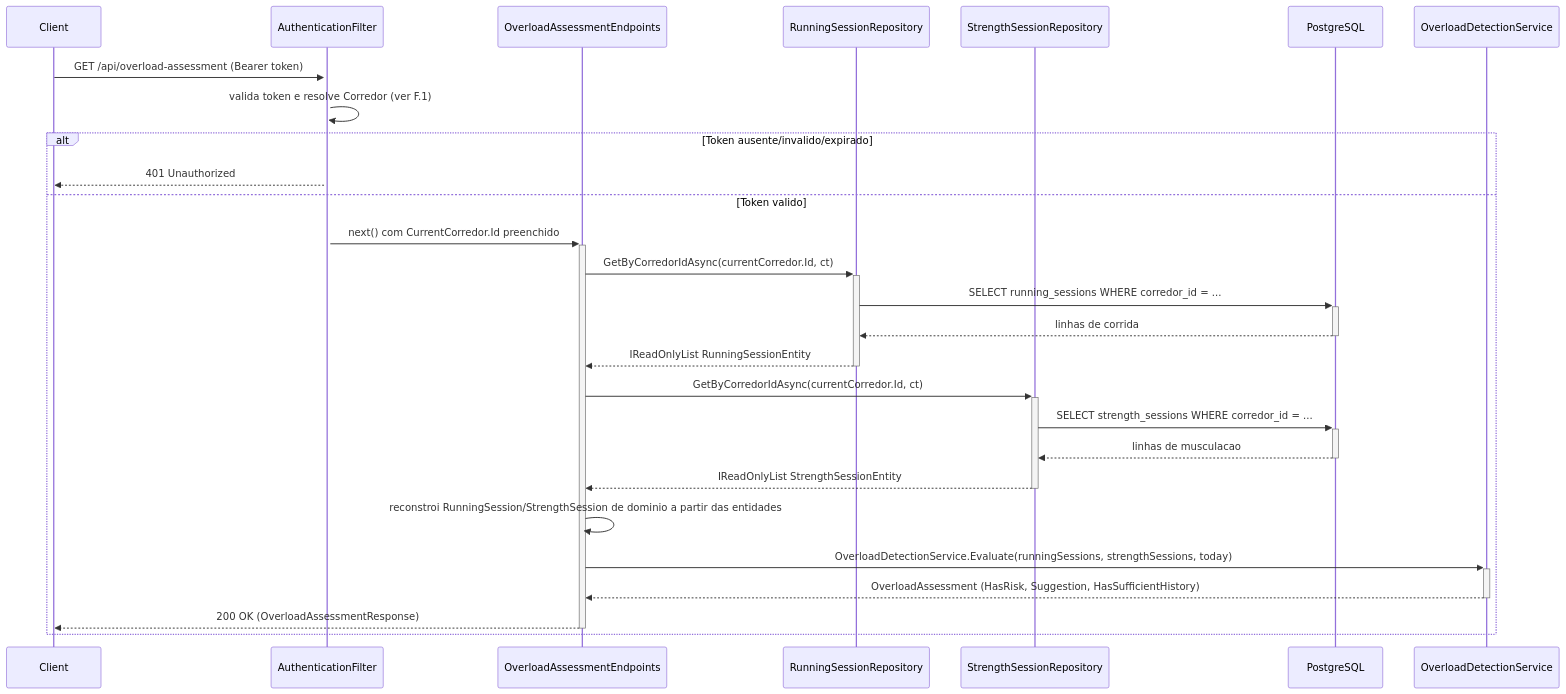
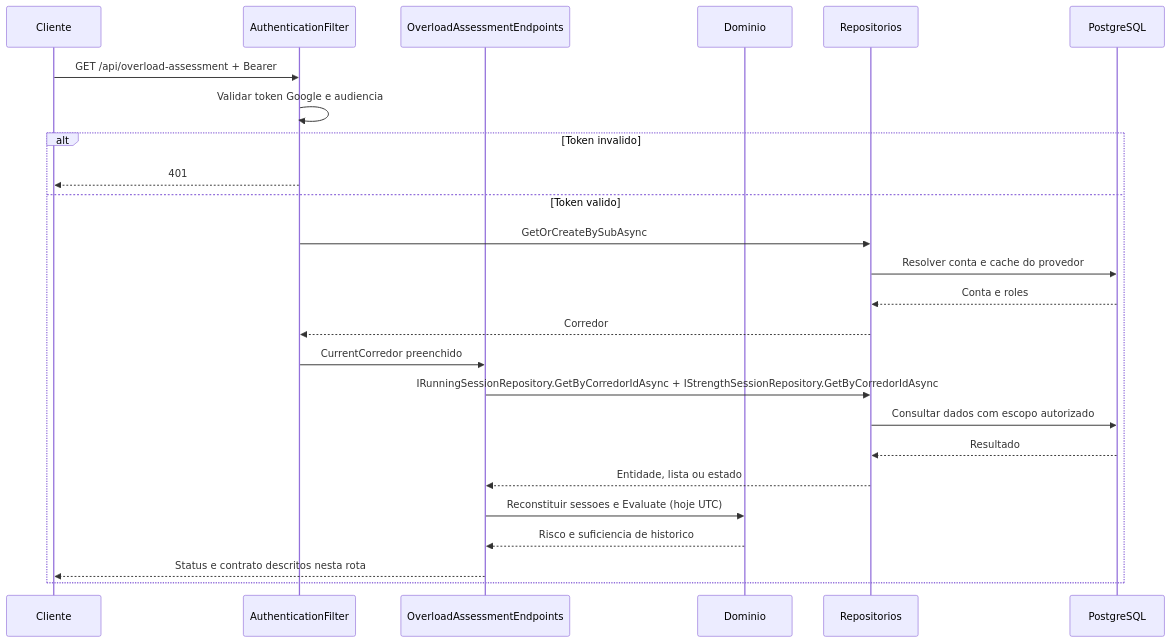
The second of 2 diagrams in DocumentAIReadme/Steady.Api/DevDocs/OverloadAssessmentEndpoints-Sobrecarga-DevDocs.md (JoaoFPedro/steady-ia), drawn with Mermaid before and after one commit. The commit also changed other lines of this file and 318 other files, not shown here.

````diff
--- a/DocumentAIReadme/Steady.Api/DevDocs/OverloadAssessmentEndpoints-Sobrecarga-DevDocs.md
+++ b/DocumentAIReadme/Steady.Api/DevDocs/OverloadAssessmentEndpoints-Sobrecarga-DevDocs.md
@@ -85,30 +92,27 @@
 ```mermaid
 sequenceDiagram
-    participant Client
+    participant Client as Cliente
     participant AuthenticationFilter
     participant Endpoint as OverloadAssessmentEndpoints
-    participant RunningRepo as RunningSessionRepository
-    participant StrengthRepo as StrengthSessionRepository
+    participant Domain as Dominio
+    participant Repository as Repositorios
     participant Database as PostgreSQL
-    participant Domain as OverloadDetectionService
-
-    Client->>+AuthenticationFilter: GET /api/overload-assessment (Bearer token)
-    AuthenticationFilter->>AuthenticationFilter: valida token e resolve Corredor (ver F.1)
-    alt Token ausente/invalido/expirado
-        AuthenticationFilter-->>Client: 401 Unauthorized
+    Client->>AuthenticationFilter: GET /api/overload-assessment + Bearer
+    AuthenticationFilter->>AuthenticationFilter: Validar token Google e audiencia
+    alt Token invalido
+        AuthenticationFilter-->>Client: 401
     else Token valido
-        AuthenticationFilter->>+Endpoint: next() com CurrentCorredor.Id preenchido
-        Endpoint->>+RunningRepo: GetByCorredorIdAsync(currentCorredor.Id, ct)
-        RunningRepo->>+Database: SELECT running_sessions WHERE corredor_id = ...
-        Database-->>-RunningRepo: linhas de corrida
-        RunningRepo-->>-Endpoint: IReadOnlyList RunningSessionEntity
-        Endpoint->>+StrengthRepo: GetByCorredorIdAsync(currentCorredor.Id, ct)
-        StrengthRepo->>+Database: SELECT strength_sessions WHERE corredor_id = ...
-        Database-->>-StrengthRepo: linhas de musculacao
-        StrengthRepo-->>-Endpoint: IReadOnlyList StrengthSessionEntity
-        Endpoint->>Endpoint: reconstroi RunningSession/StrengthSession de dominio a partir das entidades
-        Endpoint->>+Domain: OverloadDetectionService.Evaluate(runningSessions, strengthSessions, today)
-        Domain-->>-Endpoint: OverloadAssessment (HasRisk, Suggestion, HasSufficientHistory)
-        Endpoint-->>-Client: 200 OK (OverloadAssessmentResponse)
+        AuthenticationFilter->>Repository: GetOrCreateBySubAsync
+        Repository->>Database: Resolver conta e cache do provedor
+        Database-->>Repository: Conta e roles
+        Repository-->>AuthenticationFilter: Corredor
+        AuthenticationFilter->>Endpoint: CurrentCorredor preenchido
+        Endpoint->>Repository: IRunningSessionRepository.GetByCorredorIdAsync + IStrengthSessionRepository.GetByCorredorIdAsync
+        Repository->>Database: Consultar dados com escopo autorizado
+        Database-->>Repository: Resultado
+        Repository-->>Endpoint: Entidade, lista ou estado
+        Endpoint->>Domain: Reconstituir sessoes e Evaluate (hoje UTC)
+        Domain-->>Endpoint: Risco e suficiencia de historico
+        Endpoint-->>Client: Status e contrato descritos nesta rota
     end
 ```
````
